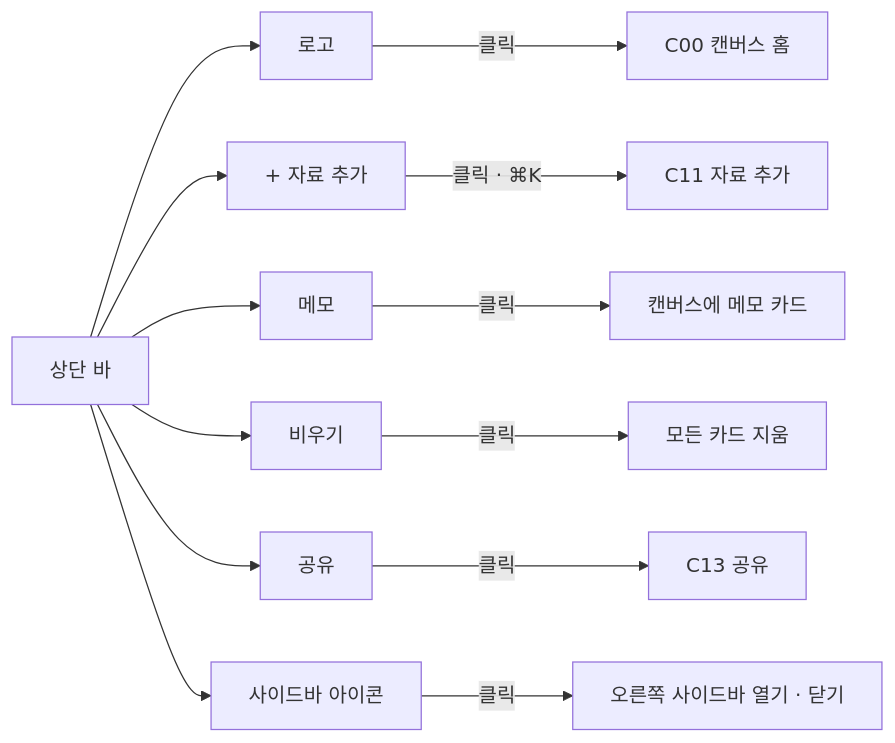
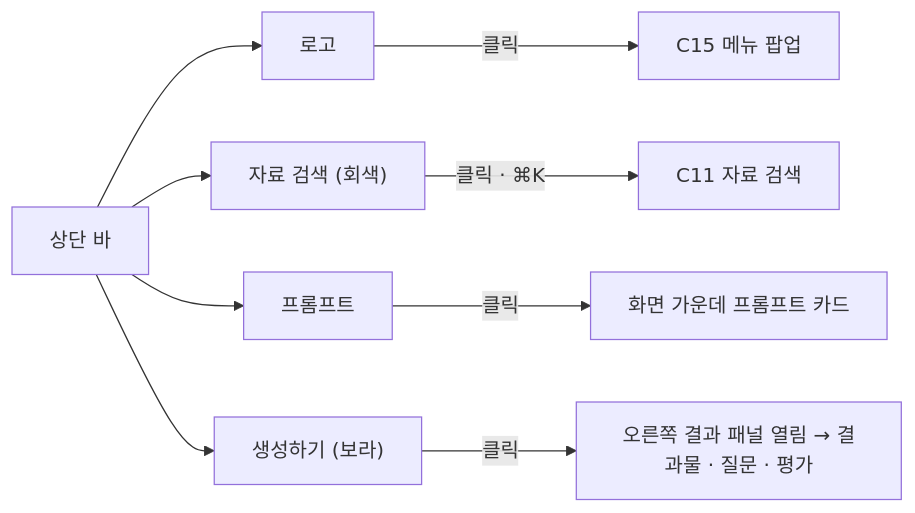
The fourth of 12 diagrams in docs/frontend/ia.md (vamos-team/telescope), drawn with Mermaid before and after one commit. The commit also changed other lines of this file and 6 other files, not shown here.

````diff
--- a/docs/frontend/ia.md
+++ b/docs/frontend/ia.md
@@ -175,15 +179,11 @@
 ```mermaid
 flowchart LR
   B["상단 바"] --> B0["로고"]
-  B --> B2["+ 자료 추가"]
-  B --> B3["메모"]
-  B --> B4["비우기"]
-  B --> B6["공유"]
-  B --> B5["사이드바 아이콘"]
-  B0 -->|클릭| R1["C00 캔버스 홈"]
-  B6 -->|클릭| R6["C13 공유"]
-  B2 -->|"클릭 · ⌘K"| R2["C11 자료 추가"]
-  B3 -->|클릭| R3["캔버스에 메모 카드"]
-  B4 -->|클릭| R4["모든 카드 지움"]
-  B5 -->|클릭| R5["오른쪽 사이드바 열기 · 닫기"]
+  B --> B2["자료 검색 (회색)"]
+  B --> B3["프롬프트"]
+  B --> B4["생성하기 (보라)"]
+  B0 -->|클릭| R1["C15 메뉴 팝업"]
+  B2 -->|"클릭 · ⌘K"| R2["C11 자료 검색"]
+  B3 -->|클릭| R3["화면 가운데 프롬프트 카드"]
+  B4 -->|클릭| R4["오른쪽 결과 패널 열림 → 결과물 · 질문 · 평가"]
 ```
````
